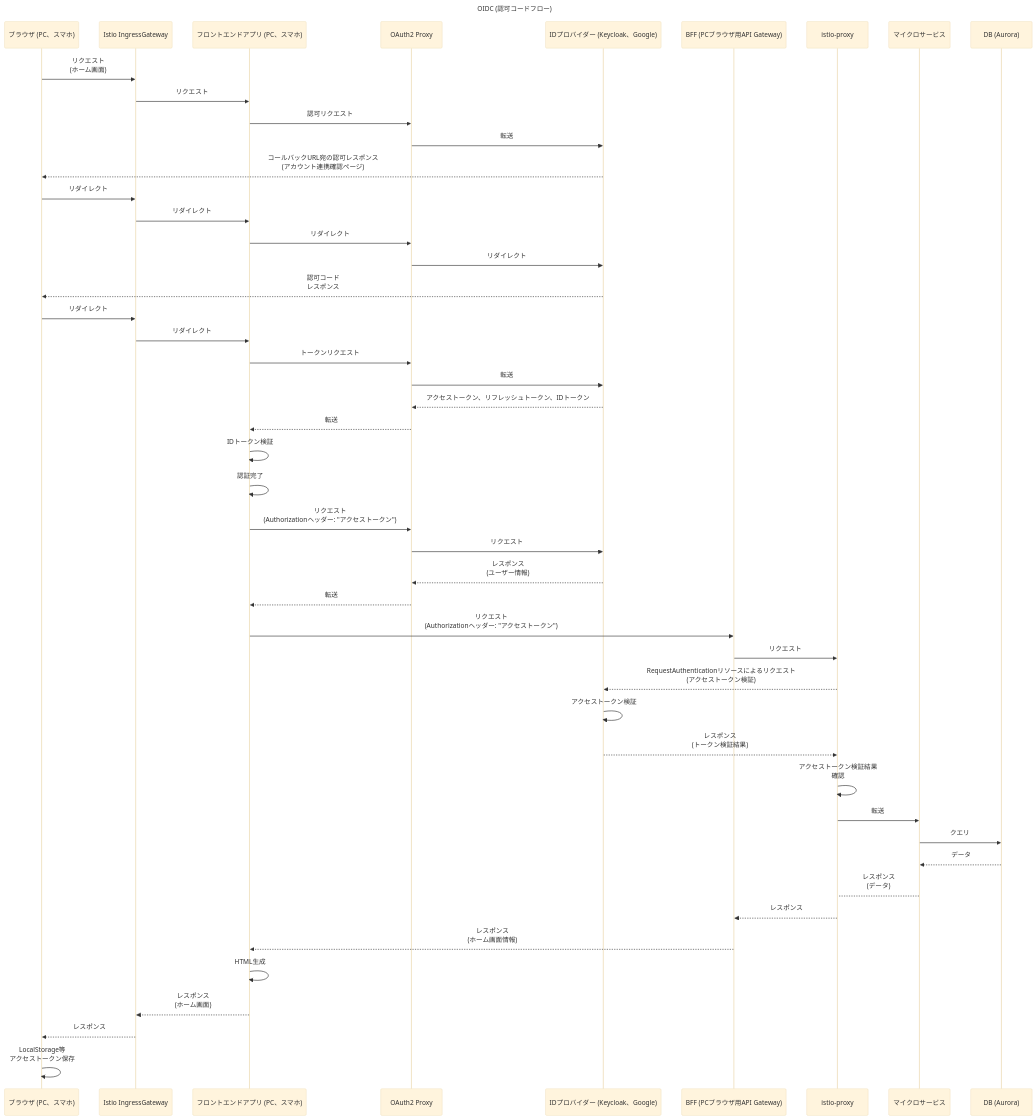
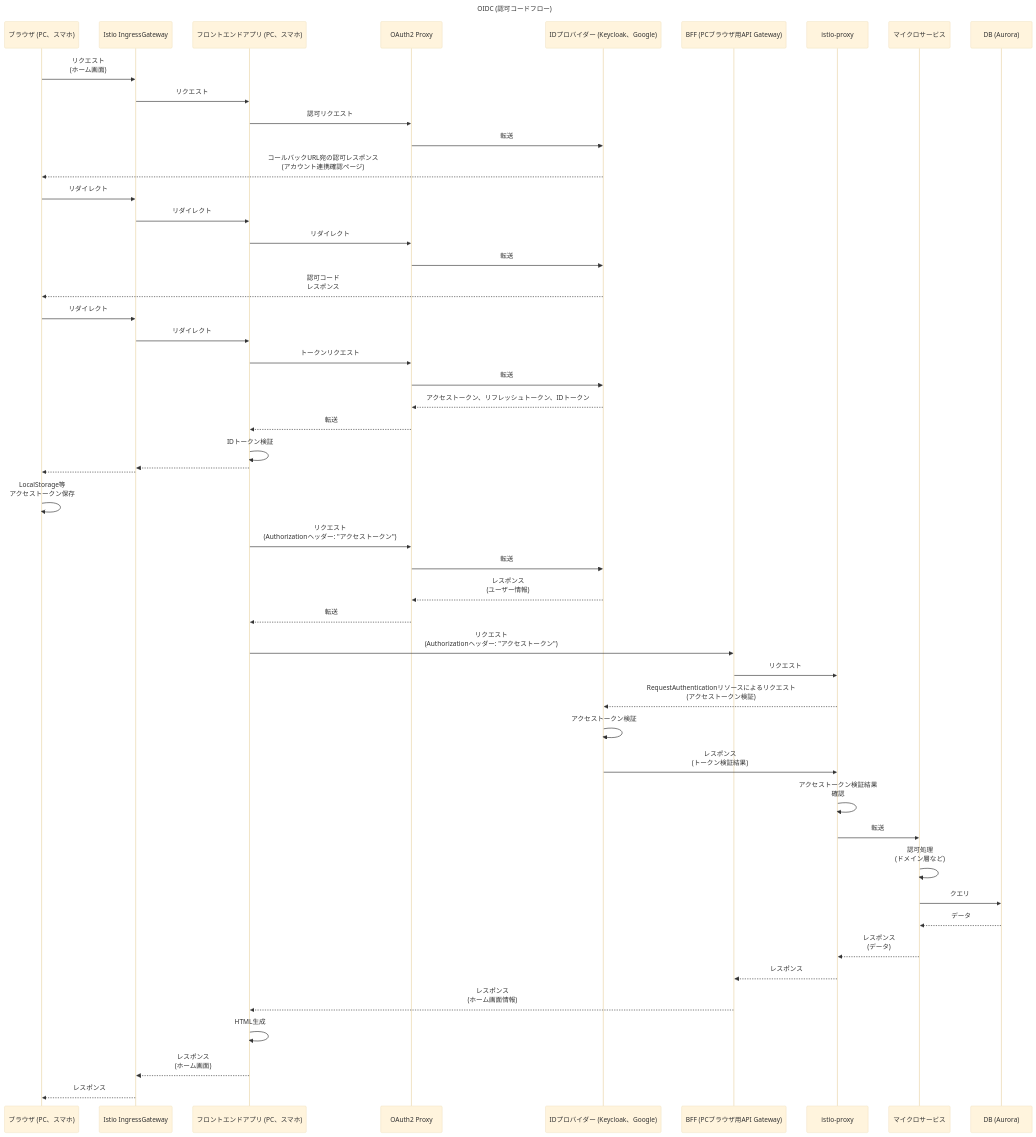
One commit to hiroki-it/hatenablog changed the diagram in dist/draft/【Kubernetes☸️】CNCFとAWSを組み合わせたマイクロサービスアーキテクチャ設計の考察.md. Above: the diagram before and after it, drawn with Mermaid (base theme).

Commit message:
update 記事を更新した。

````diff
--- a/dist/draft/【Kubernetes☸️】CNCFとAWSを組み合わせたマイクロサービスアーキテクチャ設計の考察.md
+++ b/dist/draft/【Kubernetes☸️】CNCFとAWSを組み合わせたマイクロサービスアーキテクチャ設計の考察.md
@@ -84,7 +84,7 @@
 
     フロントエンドアプリ (PC、スマホ) ->> OAuth2 Proxy: リダイレクト
 
-    OAuth2 Proxy ->> IDプロバイダー (Keycloak、Google) : リダイレクト
+    OAuth2 Proxy ->> IDプロバイダー (Keycloak、Google) : 転送
 
     IDプロバイダー (Keycloak、Google) -->> ブラウザ (PC、スマホ) : 認可コード<br>レスポンス
 
@@ -102,11 +102,15 @@
 
     フロントエンドアプリ (PC、スマホ) ->> フロントエンドアプリ (PC、スマホ) : IDトークン検証
 
-    フロントエンドアプリ (PC、スマホ) ->> フロントエンドアプリ (PC、スマホ) : 認証完了
+    フロントエンドアプリ (PC、スマホ) -->> Istio IngressGateway : 
+
+    Istio IngressGateway -->> ブラウザ (PC、スマホ) : 
+
+    ブラウザ (PC、スマホ) ->> ブラウザ (PC、スマホ) : LocalStorage等<br>アクセストークン保存
 
     フロントエンドアプリ (PC、スマホ) ->> OAuth2 Proxy: リクエスト<br>(Authorizationヘッダー: "アクセストークン")
 
-    OAuth2 Proxy ->> IDプロバイダー (Keycloak、Google) : リクエスト
+    OAuth2 Proxy ->> IDプロバイダー (Keycloak、Google) : 転送
 
     IDプロバイダー (Keycloak、Google) -->> OAuth2 Proxy : レスポンス<br>(ユーザー情報)
 
@@ -120,17 +124,19 @@
 
     IDプロバイダー (Keycloak、Google) ->> IDプロバイダー (Keycloak、Google) : アクセストークン検証
 
-    IDプロバイダー (Keycloak、Google) -->> istio-proxy : レスポンス<br>(トークン検証結果)
+    IDプロバイダー (Keycloak、Google) ->> istio-proxy : レスポンス<br>(トークン検証結果)
 
     istio-proxy ->> istio-proxy : アクセストークン検証結果<br>確認
 
     istio-proxy ->> マイクロサービス : 転送
 
+    マイクロサービス ->> マイクロサービス : 認可処理<br>(ドメイン層など)
+
     マイクロサービス ->> DB (Aurora): クエリ
 
     DB (Aurora) -->> マイクロサービス : データ
 
-    マイクロサービス --> istio-proxy: レスポンス<br>(データ)
+    マイクロサービス -->> istio-proxy: レスポンス<br>(データ)
 
     istio-proxy -->> BFF (PCブラウザ用API Gateway) : レスポンス
 
@@ -142,5 +148,4 @@
 
     Istio IngressGateway -->> ブラウザ (PC、スマホ): レスポンス
 
-    ブラウザ (PC、スマホ) ->> ブラウザ (PC、スマホ) : LocalStorage等<br>アクセストークン保存
 ```
````
